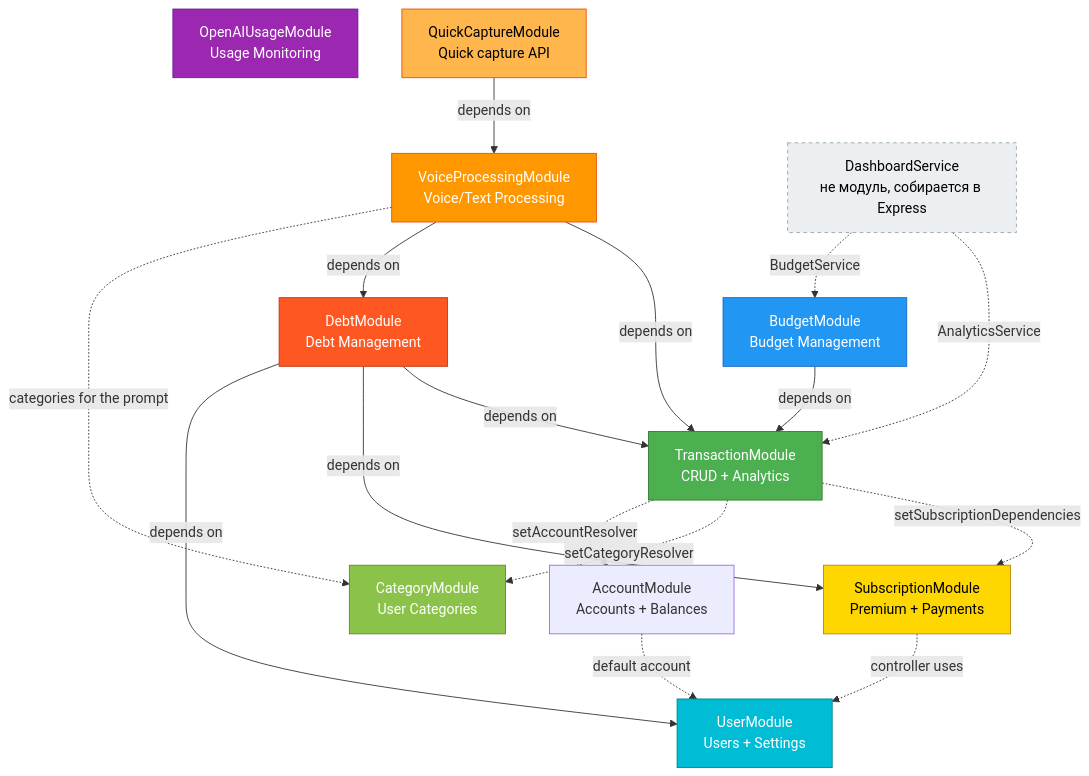
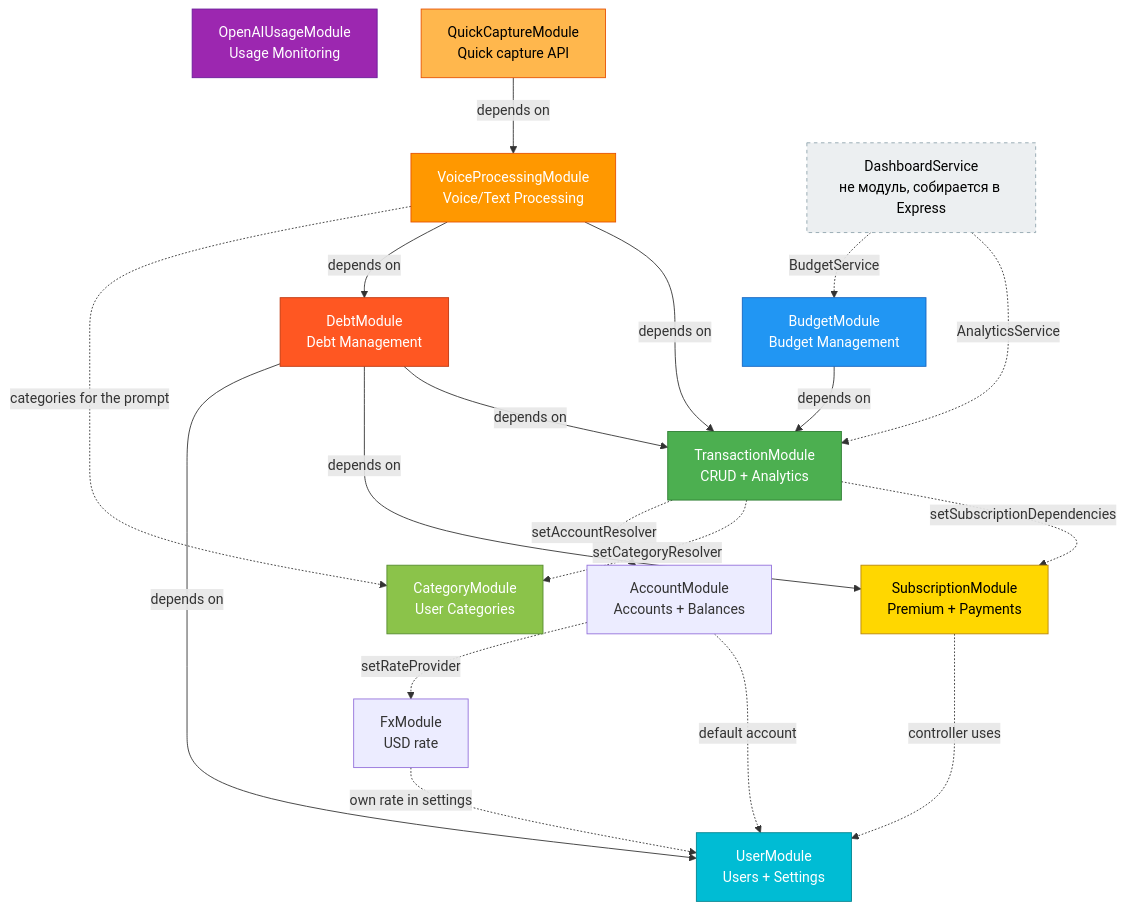
The diagram in docs/knowledge-base/01-architecture/modules.md (chollak/finance-tracker-backend), drawn with Mermaid before and after one commit. The commit also changed other lines of this file and 23 other files, not shown here.

First line of the commit message:
feat(fx): USD rate from the Central Bank with own rate (FT-102)

````diff
--- a/docs/knowledge-base/01-architecture/modules.md
+++ b/docs/knowledge-base/01-architecture/modules.md
@@ -9,41 +9,44 @@
 ```mermaid
 graph TD
     TM[TransactionModule<br/>CRUD + Analytics]
     BM[BudgetModule<br/>Budget Management]
     DeM[DebtModule<br/>Debt Management]
     VM[VoiceProcessingModule<br/>Voice/Text Processing]
     OM[OpenAIUsageModule<br/>Usage Monitoring]
     SM[SubscriptionModule<br/>Premium + Payments]
     UM[UserModule<br/>Users + Settings]
     CM[CategoryModule<br/>User Categories]
     AM[AccountModule<br/>Accounts + Balances]
+    FM[FxModule<br/>USD rate]
     QM[QuickCaptureModule<br/>Quick capture API]
     DS[DashboardService<br/>не модуль, собирается в Express]
 
     BM -->|depends on| TM
     DeM -->|depends on| TM
     DeM -->|depends on| SM
     DeM -->|depends on| UM
     VM -->|depends on| TM
     VM -->|depends on| DeM
     TM -.->|setSubscriptionDependencies| SM
     TM -.->|setCategoryResolver| CM
     TM -.->|setAccountResolver| AM
     AM -.->|default account| UM
+    AM -.->|setRateProvider| FM
+    FM -.->|own rate in settings| UM
     VM -.->|categories for the prompt| CM
     QM -->|depends on| VM
     SM -.->|controller uses| UM
     DS -.->|AnalyticsService| TM
     DS -.->|BudgetService| BM
 
     style TM fill:#4CAF50,stroke:#2E7D32,color:#fff
     style BM fill:#2196F3,stroke:#1565C0,color:#fff
     style DeM fill:#FF5722,stroke:#BF360C,color:#fff
     style VM fill:#FF9800,stroke:#E65100,color:#fff
     style OM fill:#9C27B0,stroke:#6A1B9A,color:#fff
     style SM fill:#FFD700,stroke:#B8860B,color:#000
     style UM fill:#00BCD4,stroke:#00838F,color:#fff
     style CM fill:#8BC34A,stroke:#558B2F,color:#fff
     style QM fill:#FFB74D,stroke:#E65100,color:#000
     style DS fill:#ECEFF1,stroke:#90A4AE,color:#000,stroke-dasharray: 4 4
 ```
````
